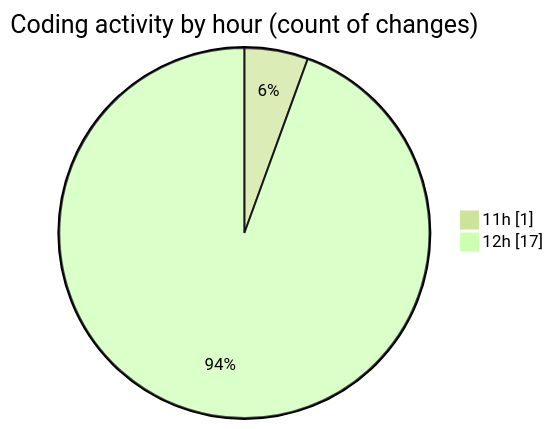
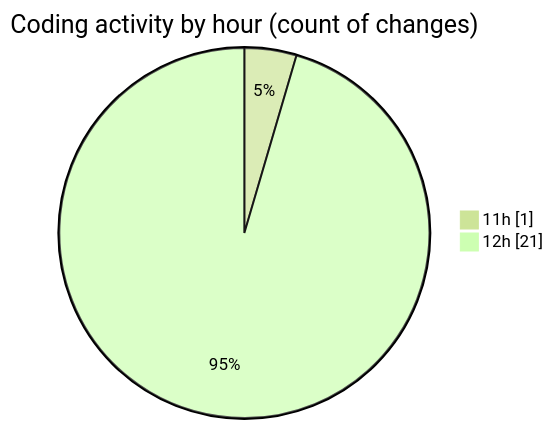
One commit to nxtqubesakshisongat/code-tracking changed the second of 2 diagrams in 2025-09-01/nxtqube_webapp/README.md. Above: the diagram before and after it, drawn with Mermaid (forest theme). The commit also changed other lines of this file and 1 other file, not shown here.

````diff
--- a/2025-09-01/nxtqube_webapp/README.md
+++ b/2025-09-01/nxtqube_webapp/README.md
@@ -30,6 +34,6 @@
 ```mermaid
 pie showData
 title Coding activity by hour (count of changes)
 "11h" : 1
-"12h" : 17
+"12h" : 21
 ```
````
